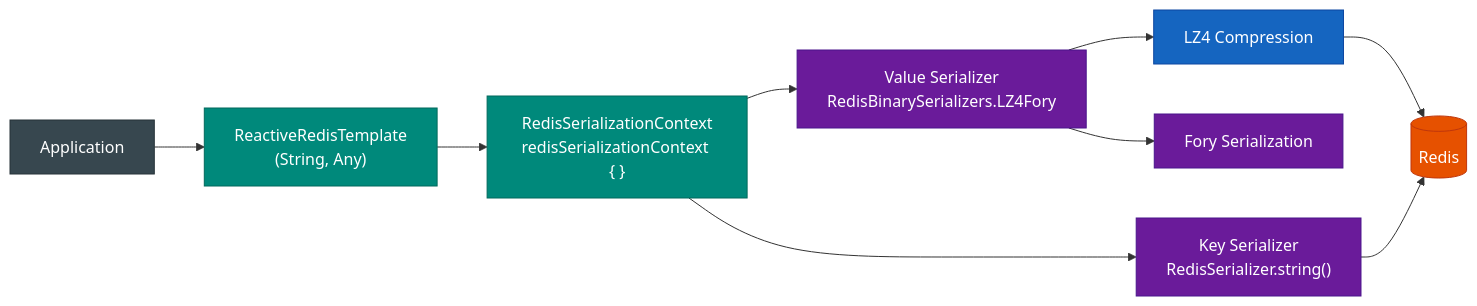
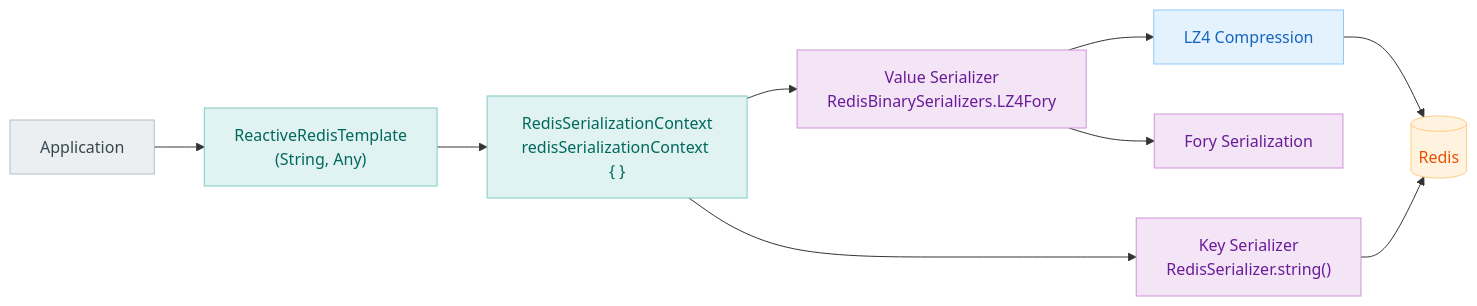
The second of 2 diagrams in spring-boot4/redis/README.md (bluetape4k/bluetape4k-projects), drawn with Mermaid before and after one commit. The commit also changed other lines of this file and 219 other files, not shown here.

First line of the commit message:
docs: 전체 README Mermaid 다이어그램 가이드 적용

````diff
--- a/spring-boot4/redis/README.md
+++ b/spring-boot4/redis/README.md
@@ -153,23 +153,23 @@
 ```mermaid
 flowchart LR
     App["Application"] --> Template["ReactiveRedisTemplate<br/>(String, Any)"]
     Template --> Context["RedisSerializationContext<br/>redisSerializationContext { }"]
     Context --> KeySer["Key Serializer<br/>RedisSerializer.string()"]
     Context --> ValSer["Value Serializer<br/>RedisBinarySerializers.LZ4Fory"]
     ValSer --> Fory["Fory Serialization"]
     ValSer --> LZ4["LZ4 Compression"]
     LZ4 --> Redis[("Redis")]
     KeySer --> Redis
 
-    classDef appStyle fill:#37474F,stroke:#263238,color:#FFFFFF
-    classDef templateStyle fill:#00897B,stroke:#00695C,color:#FFFFFF
-    classDef serdeStyle fill:#6A1B9A,stroke:#4A148C,color:#FFFFFF
-    classDef compressStyle fill:#1565C0,stroke:#0D47A1,color:#FFFFFF
-    classDef dbStyle fill:#E65100,stroke:#BF360C,color:#FFFFFF
+    classDef appStyle fill:#ECEFF1,stroke:#B0BEC5,color:#37474F
+    classDef templateStyle fill:#E0F2F1,stroke:#80CBC4,color:#00695C
+    classDef serdeStyle fill:#F3E5F5,stroke:#CE93D8,color:#6A1B9A
+    classDef compressStyle fill:#E3F2FD,stroke:#90CAF9,color:#1565C0
+    classDef dbStyle fill:#FFF3E0,stroke:#FFCC80,color:#E65100
 
     class App appStyle
     class Template,Context templateStyle
     class KeySer,ValSer,Fory serdeStyle
     class LZ4 compressStyle
     class Redis dbStyle
 ```
````
